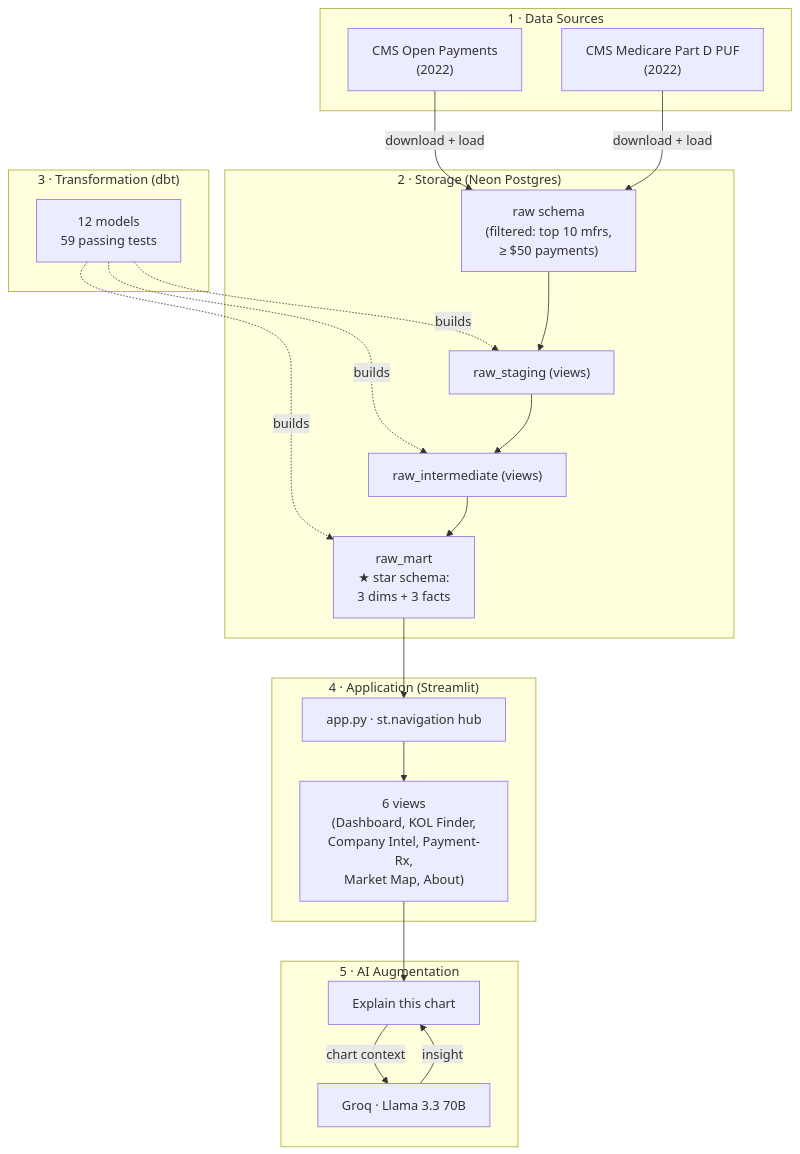
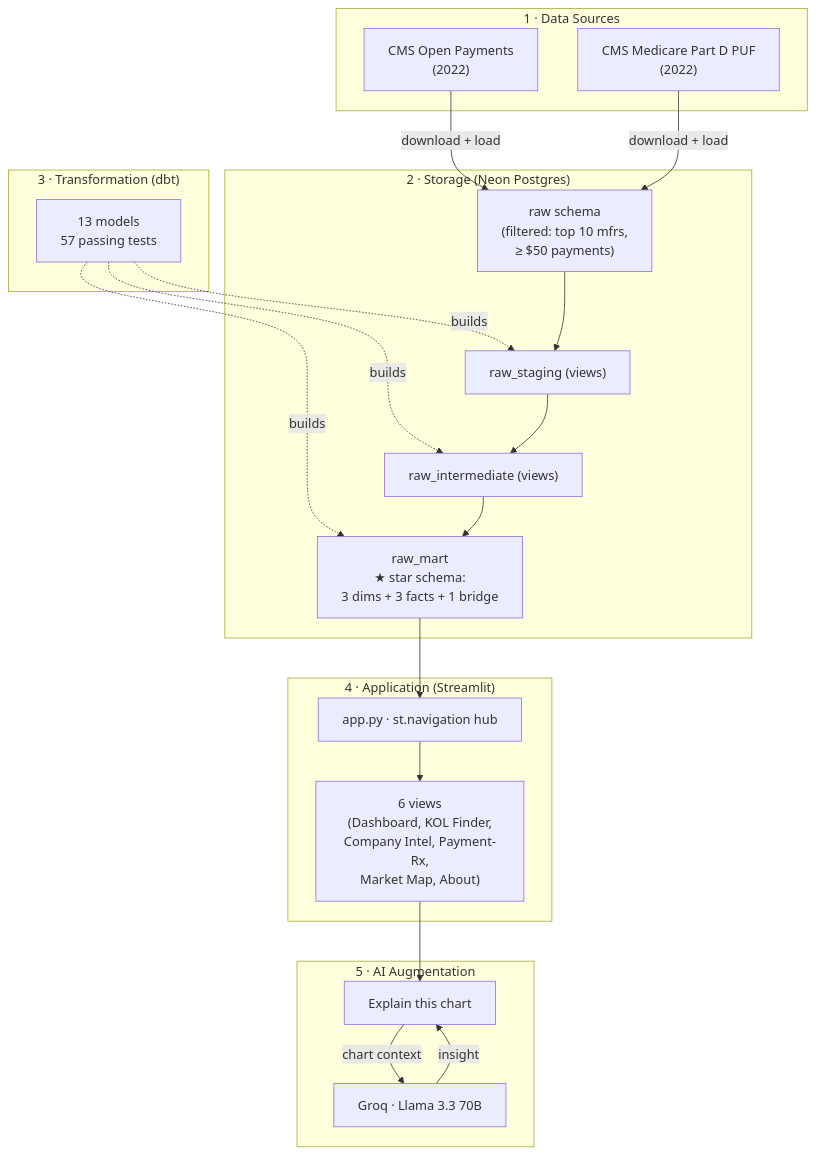
The first of 2 diagrams in README.md (mateoportillo1900/physician-pharma-analytics), drawn with Mermaid before and after one commit. The commit also changed other lines of this file and 6 other files, not shown here.

First line of the commit message:
docs: sync to current model state (13 models, 57 tests, bridge)

````diff
--- a/README.md
+++ b/README.md
@@ -30,38 +30,38 @@
 ```mermaid
 flowchart TB
     subgraph SRC["1 · Data Sources"]
         OP["CMS Open Payments<br/>(2022)"]
         PD["CMS Medicare Part D PUF<br/>(2022)"]
     end
 
     subgraph STORAGE["2 · Storage  (Neon Postgres)"]
         RAW["raw schema<br/>(filtered: top 10 mfrs,<br/>≥ $50 payments)"]
         STG["raw_staging  (views)"]
         INT["raw_intermediate  (views)"]
-        MART["raw_mart<br/>★ star schema:<br/>3 dims + 3 facts"]
+        MART["raw_mart<br/>★ star schema:<br/>3 dims + 3 facts + 1 bridge"]
     end
 
     subgraph TRANSFORM["3 · Transformation  (dbt)"]
-        DBT["12 models<br/>59 passing tests"]
+        DBT["13 models<br/>57 passing tests"]
     end
 
     subgraph APP["4 · Application  (Streamlit)"]
         APPPY["app.py · st.navigation hub"]
         VIEWS["6 views<br/>(Dashboard, KOL Finder,<br/>Company Intel, Payment-Rx,<br/>Market Map, About)"]
     end
 
     subgraph AI["5 · AI Augmentation"]
         BTN["Explain this chart"]
         GROQ["Groq · Llama 3.3 70B"]
     end
 
     OP -->|"download + load"| RAW
     PD -->|"download + load"| RAW
     DBT -.->|"builds"| STG
     DBT -.->|"builds"| INT
     DBT -.->|"builds"| MART
     RAW --> STG --> INT --> MART
     MART --> APPPY --> VIEWS
     VIEWS --> BTN -->|"chart context"| GROQ
     GROQ -->|"insight"| BTN
 ```
````
